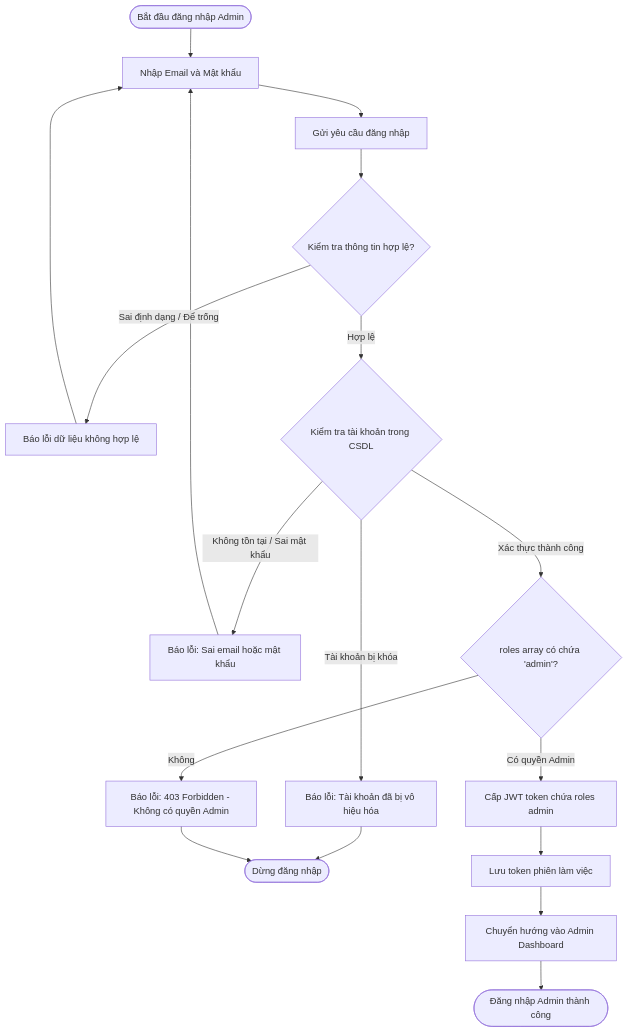
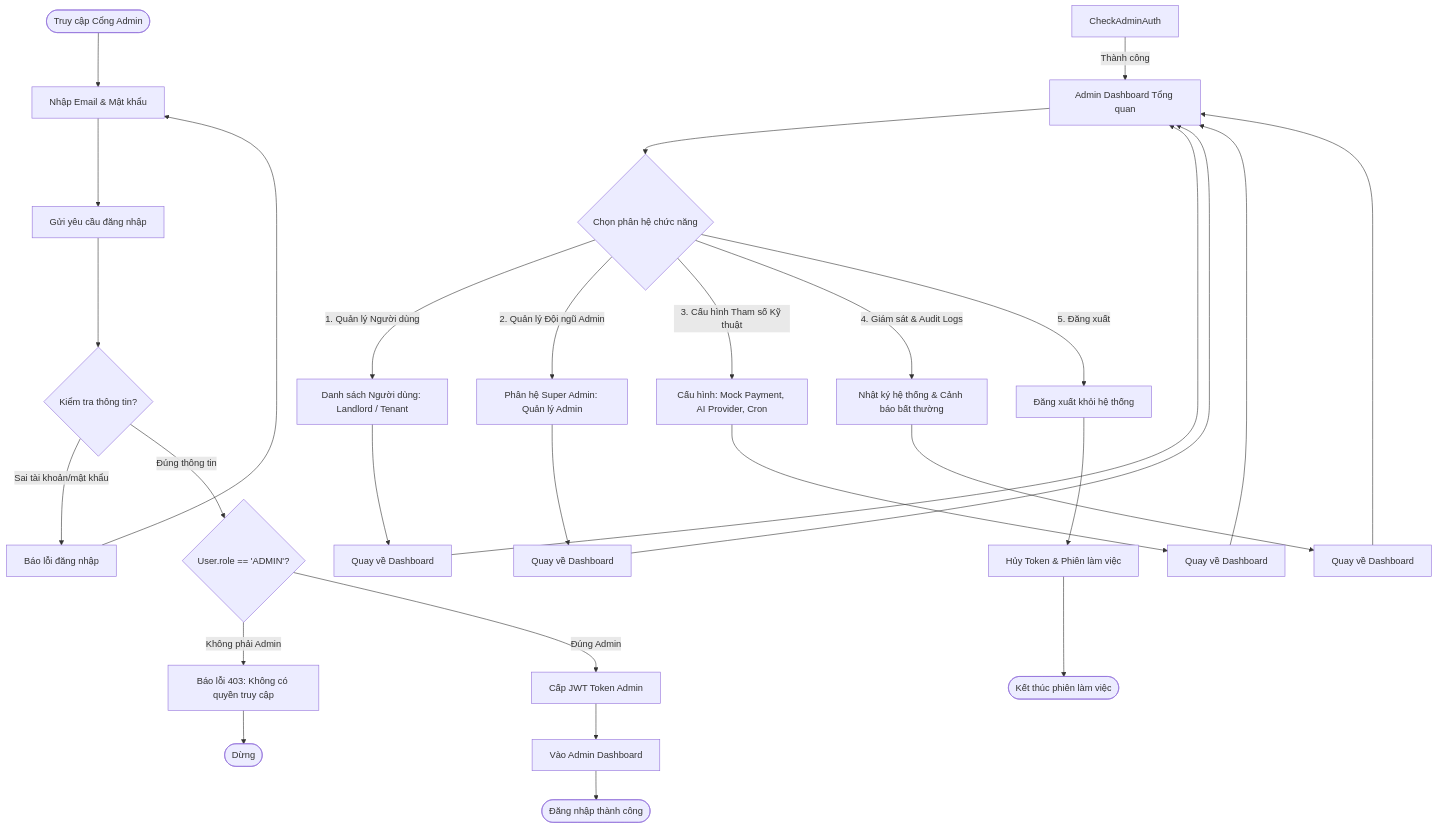
The second of 5 diagrams in phase-1/discovery/user_flow/admin_user_flow.md (pbl6-home-renter/docs), drawn with Mermaid before and after one commit. The commit also changed other lines of this file and 7 other files, not shown here.

Commit message:
feat: update userflow and admin - landlord web wireframe

````diff
--- a/phase-1/discovery/user_flow/admin_user_flow.md
+++ b/phase-1/discovery/user_flow/admin_user_flow.md
@@ -38,25 +44,27 @@
 ```mermaid
 flowchart TD
-    StartAuth([Bắt đầu đăng nhập Admin]) --> EnterCreds[Nhập Email và Mật khẩu]
-    EnterCreds --> SubmitCreds[Gửi yêu cầu đăng nhập]
+    StartLogin([Truy cập Cổng Admin]) --> InputCreds[Nhập Email & Mật khẩu]
+    InputCreds --> SubmitLogin[Gửi yêu cầu đăng nhập]
+    SubmitLogin --> CheckCreds{Kiểm tra thông tin?}
     
-    SubmitCreds --> ValidateCreds{Kiểm tra thông tin hợp lệ?}
-    ValidateCreds -->|Sai định dạng / Để trống| ShowValidError[Báo lỗi dữ liệu không hợp lệ]
-    ShowValidError --> EnterCreds
+    CheckAdminAuth -->|Thành công| AdminDash[Admin Dashboard Tổng quan]
+    CheckCreds -->|Sai tài khoản/mật khẩu| FailAuth[Báo lỗi đăng nhập] --> InputCreds
+    CheckCreds -->|Đúng thông tin| CheckRole{User.role == 'ADMIN'?}
     
-    ValidateCreds -->|Hợp lệ| QueryUser{Kiểm tra tài khoản trong CSDL}
-    QueryUser -->|Không tồn tại / Sai mật khẩu| ShowAuthFail[Báo lỗi: Sai email hoặc mật khẩu]
-    ShowAuthFail --> EnterCreds
+    AdminDash --> ChooseNav{Chọn phân hệ chức năng}
     
-    QueryUser -->|Tài khoản bị khóa| ShowLocked[Báo lỗi: Tài khoản đã bị vô hiệu hóa]
-    ShowLocked --> EndAuthFail([Dừng đăng nhập])
+    ChooseNav -->|1. Quản lý Người dùng| ModUsers[Danh sách Người dùng: Landlord / Tenant]
+    ChooseNav -->|2. Quản lý Đội ngũ Admin| ModAdminTeam[Phân hệ Super Admin: Quản lý Admin]
+    ChooseNav -->|3. Cấu hình Tham số Kỹ thuật| ModConfig[Cấu hình: Mock Payment, AI Provider, Cron]
+    ChooseNav -->|4. Giám sát & Audit Logs| ModLogs[Nhật ký hệ thống & Cảnh báo bất thường]
+    ChooseNav -->|5. Đăng xuất| AdminLogout[Đăng xuất khỏi hệ thống]
     
-    QueryUser -->|Xác thực thành công| CheckAdminRole{roles array có chứa 'admin'?}
-    CheckAdminRole -->|Không| DenyForbidden[Báo lỗi: 403 Forbidden - Không có quyền Admin]
-    DenyForbidden --> EndAuthFail
+    ModUsers --> RetDash1[Quay về Dashboard] --> AdminDash
+    ModAdminTeam --> RetDash2[Quay về Dashboard] --> AdminDash
+    ModConfig --> RetDash3[Quay về Dashboard] --> AdminDash
+    ModLogs --> RetDash4[Quay về Dashboard] --> AdminDash
     
-    CheckAdminRole -->|Có quyền Admin| IssueJWT[Cấp JWT token chứa roles admin]
-    IssueJWT --> SaveSession[Lưu token phiên làm việc]
-    SaveSession --> RedirectDash[Chuyển hướng vào Admin Dashboard]
-    RedirectDash --> EndAuthSuccess([Đăng nhập Admin thành công])
+    AdminLogout --> ClearAdminJWT[Hủy Token & Phiên làm việc] --> EndAdminSuccess([Kết thúc phiên làm việc])
+    CheckRole -->|Không phải Admin| Deny403[Báo lỗi 403: Không có quyền truy cập] --> EndDeny([Dừng])
+    CheckRole -->|Đúng Admin| IssueToken[Cấp JWT Token Admin] --> EnterDash[Vào Admin Dashboard] --> EndAuthSuccess([Đăng nhập thành công])
 ```
````
